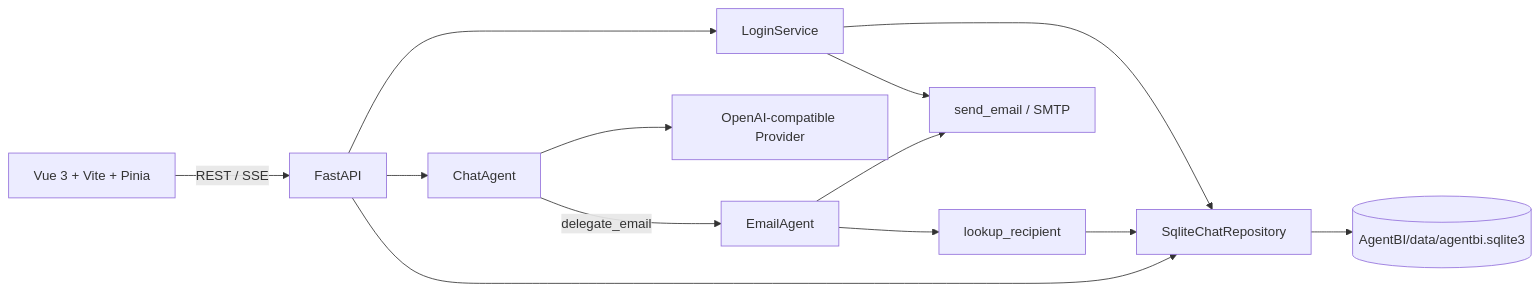
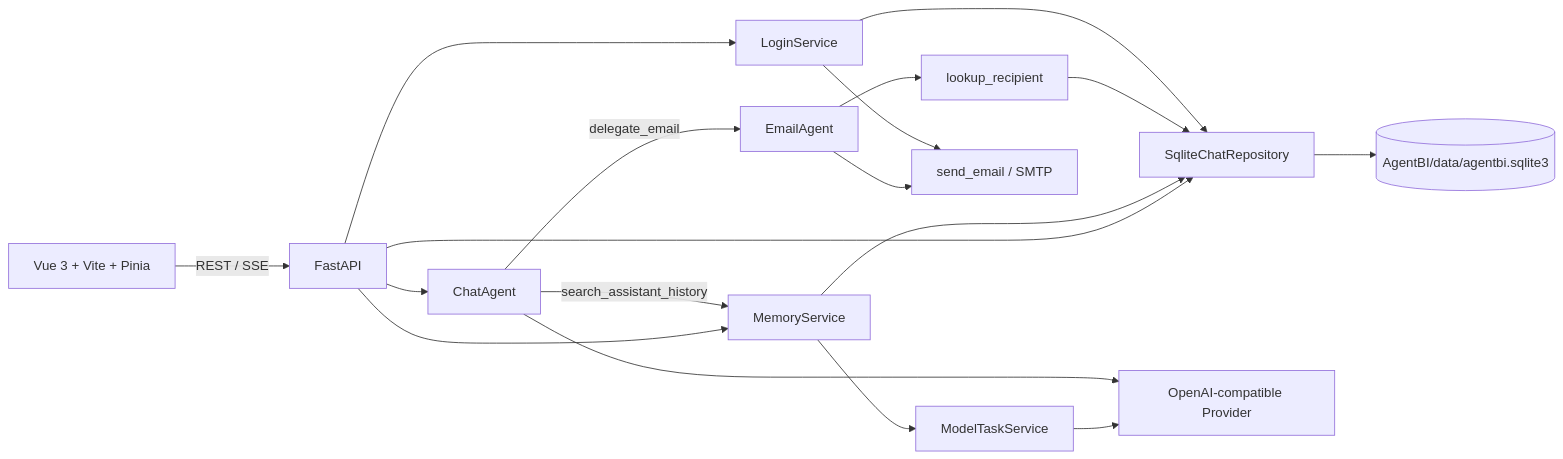
One commit to 39Mikku/AgentBI changed the diagram in docs/AgentBI_开发总览.md. Above: the diagram before and after it, drawn with Mermaid. The commit also changed other lines of this file and 25 other files, not shown here.

````diff
--- a/docs/AgentBI_开发总览.md
+++ b/docs/AgentBI_开发总览.md
@@ -8,15 +8,20 @@
 ```mermaid
 flowchart LR
   UI[Vue 3 + Vite + Pinia] -->|REST / SSE| API[FastAPI]
   API --> Repo[SqliteChatRepository]
   Repo --> DB[(AgentBI/data/agentbi.sqlite3)]
   API --> Chat[ChatAgent]
+  API --> Memory[MemoryService]
+  Memory --> Tasks[ModelTaskService]
+  Tasks --> LLM
+  Memory --> Repo
   Chat -->|delegate_email| MailAgent[EmailAgent]
+  Chat -->|search_assistant_history| Memory
   Chat --> LLM[OpenAI-compatible Provider]
   MailAgent --> Lookup[lookup_recipient]
   Lookup --> Repo
   MailAgent --> SMTP[send_email / SMTP]
   API --> Login[LoginService]
   Login --> Repo
   Login --> SMTP
 ```
````
